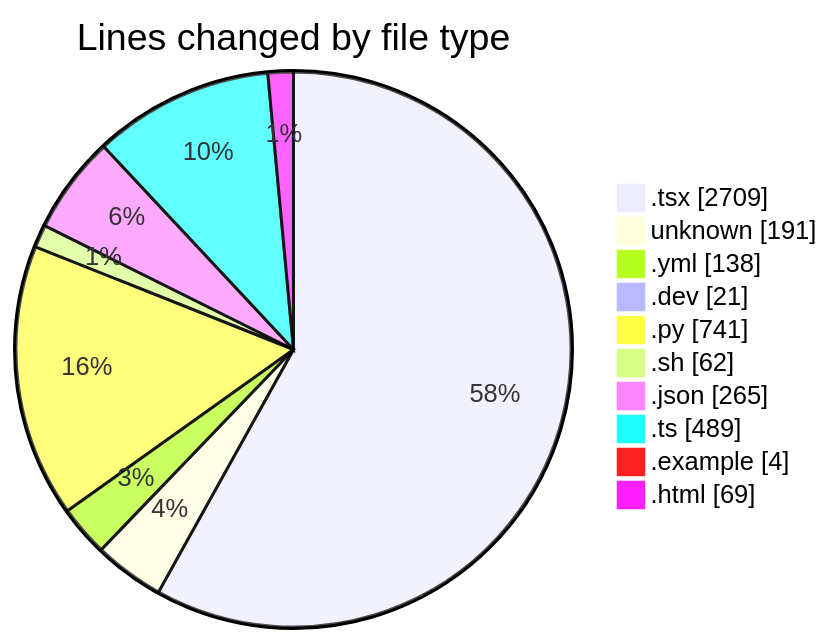
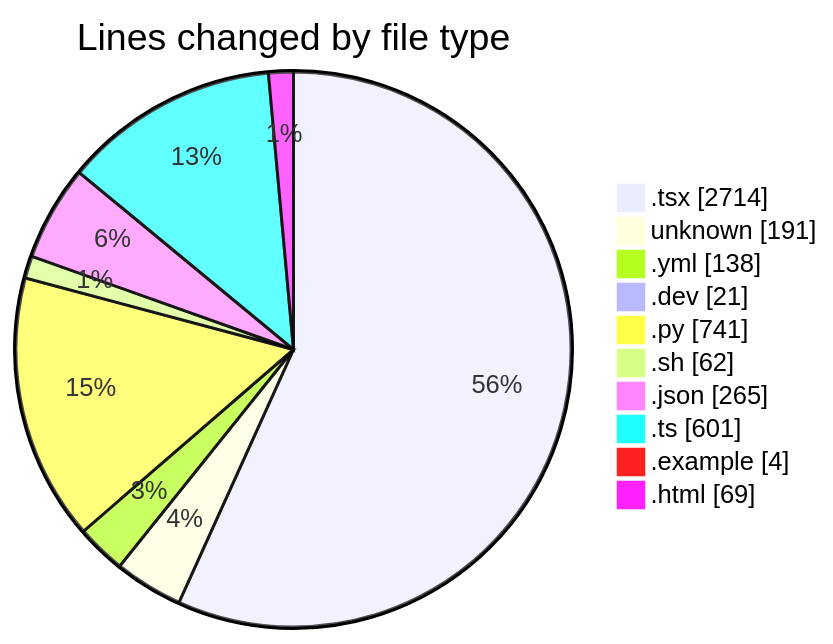
The first of 2 diagrams in 2025-05-18/niten/README.md (Elitesun/code-tracking), drawn with Mermaid before and after one commit. The commit also changed other lines of this file and 1 other file, not shown here.

````diff
--- a/2025-05-18/niten/README.md
+++ b/2025-05-18/niten/README.md
@@ -53,14 +53,14 @@
 ```mermaid
 pie showData
 title Lines changed by file type
-".tsx" : 2709
+".tsx" : 2714
 "unknown" : 191
 ".yml" : 138
 ".dev" : 21
 ".py" : 741
 ".sh" : 62
 ".json" : 265
-".ts" : 489
+".ts" : 601
 ".example" : 4
 ".html" : 69
 ```
````
